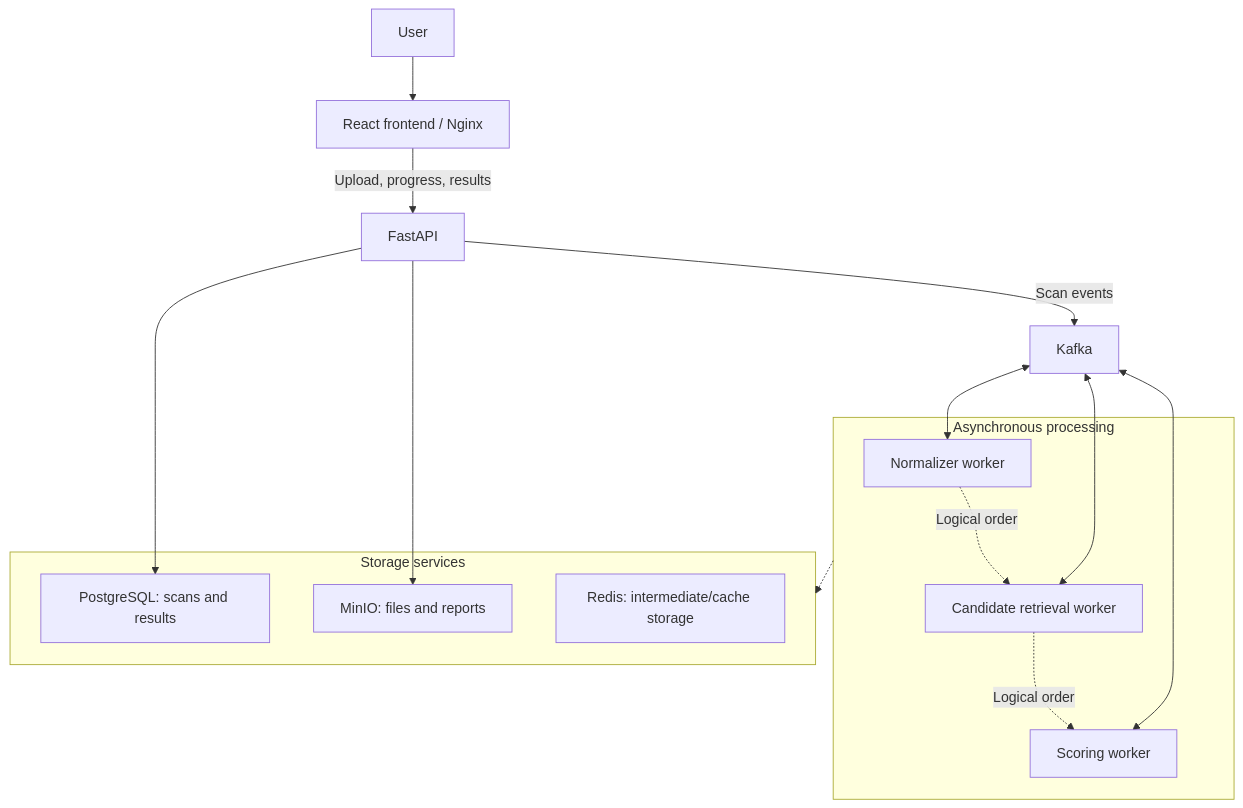
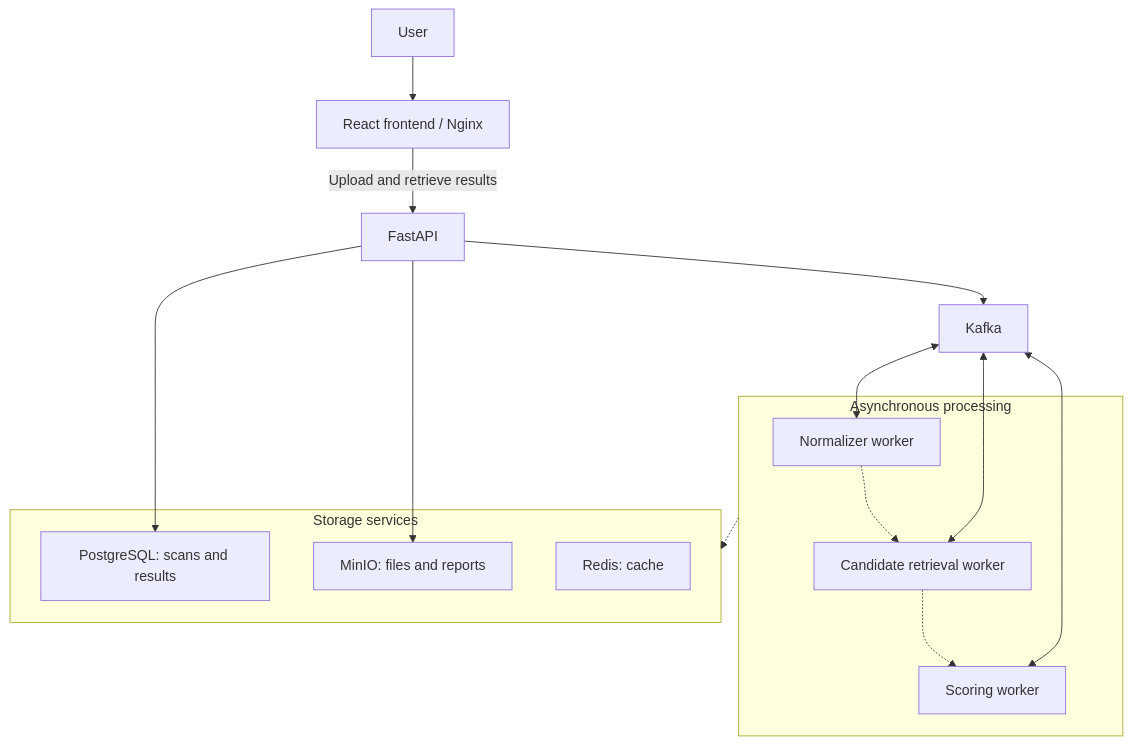
One commit to Maryam-ELALAMI/PlagCode-BigData changed the diagram in README.md. Above: the diagram before and after it, drawn with Mermaid. The commit also changed other lines of this file, not shown here.

````diff
--- a/README.md
+++ b/README.md
@@ -37,28 +61,28 @@
 ```mermaid
 flowchart TD
-    User["User"] --> Web["React frontend / Nginx"]
-    Web -->|"Upload, progress, results"| API["FastAPI"]
-    API -->|"Scan events"| Kafka["Kafka"]
+    U["User"] --> W["React frontend / Nginx"]
+    W -->|"Upload and retrieve results"| A["FastAPI"]
+    A --> K["Kafka"]
 
-    subgraph Processing["Asynchronous processing"]
-        Normalizer["Normalizer worker"]
-        Candidates["Candidate retrieval worker"]
-        Scoring["Scoring worker"]
-        Normalizer -.->|"Logical order"| Candidates
-        Candidates -.->|"Logical order"| Scoring
+    subgraph PIPE["Asynchronous processing"]
+        N["Normalizer worker"]
+        C["Candidate retrieval worker"]
+        S["Scoring worker"]
+        N -.-> C
+        C -.-> S
     end
 
-    Kafka <--> Normalizer
-    Kafka <--> Candidates
-    Kafka <--> Scoring
+    K <--> N
+    K <--> C
+    K <--> S
 
-    subgraph Storage["Storage services"]
-        Postgres["PostgreSQL: scans and results"]
-        MinIO["MinIO: files and reports"]
-        Redis["Redis: intermediate/cache storage"]
+    subgraph DATA["Storage services"]
+        PG["PostgreSQL: scans and results"]
+        MI["MinIO: files and reports"]
+        RE["Redis: cache"]
     end
 
-    API --> Postgres
-    API --> MinIO
-    Processing -.-> Storage
+    A --> PG
+    A --> MI
+    PIPE -.-> DATA
 ```
````
